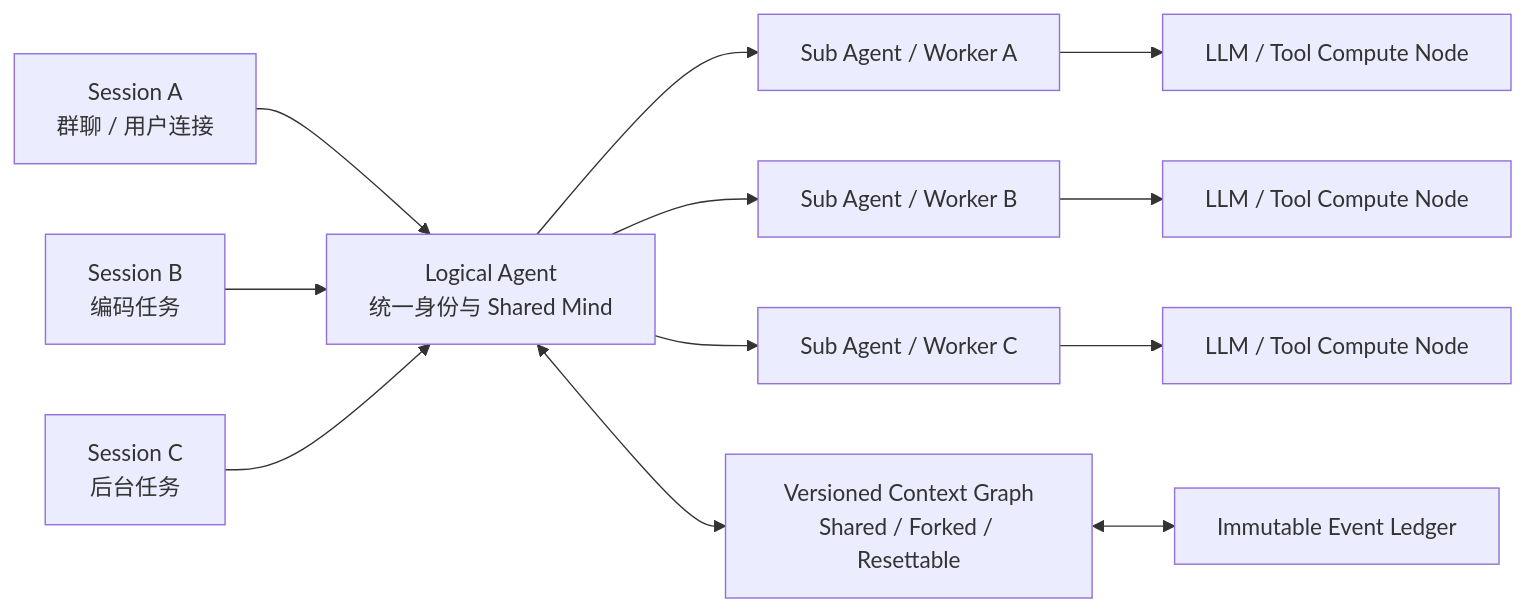
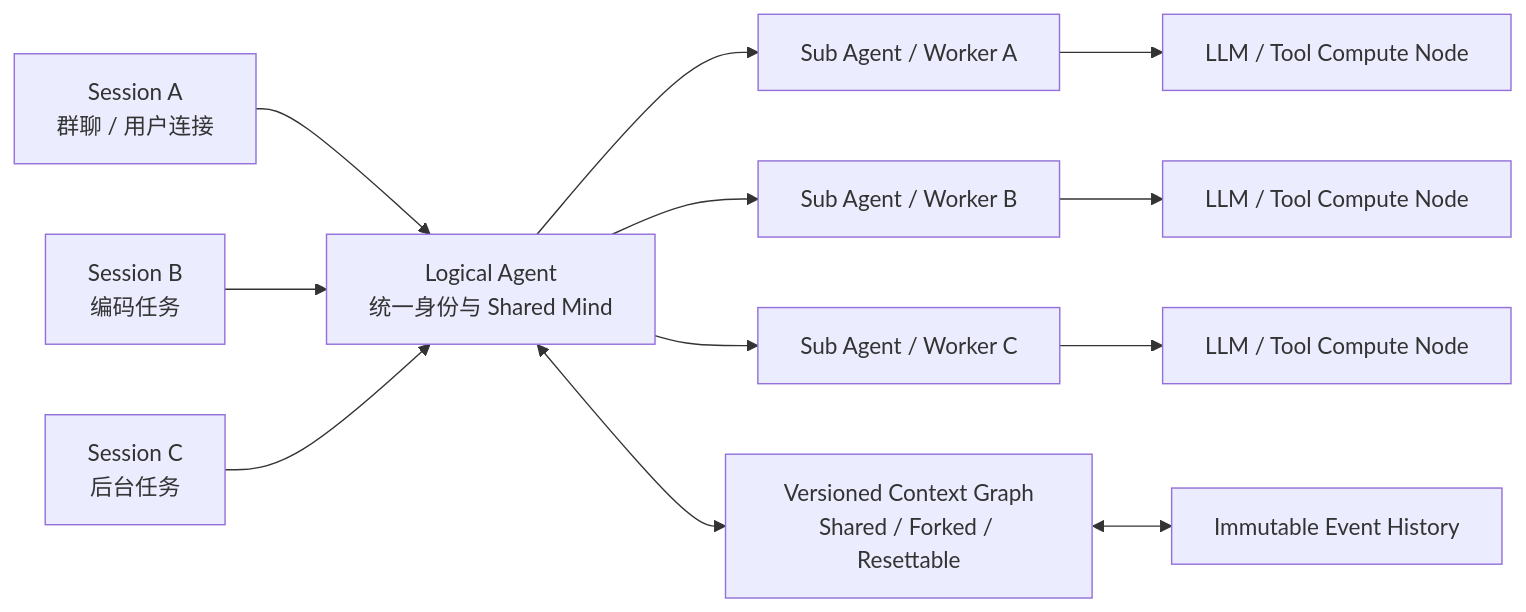
The diagram in docs/morphz_shared_context_multisession_architecture.md (morphz-ai/morphz), drawn with Mermaid before and after one commit. The commit also changed other lines of this file and 129 other files, not shown here.

Commit message:
refactor: replace ledger terminology with events

````diff
--- a/docs/morphz_shared_context_multisession_architecture.md
+++ b/docs/morphz_shared_context_multisession_architecture.md
@@ -39,17 +39,17 @@
 ```mermaid
 flowchart LR
     SA["Session A\n群聊 / 用户连接"] --> AG["Logical Agent\n统一身份与 Shared Mind"]
     SB["Session B\n编码任务"] --> AG
     SC["Session C\n后台任务"] --> AG
 
     AG --> WA["Sub Agent / Worker A"]
     AG --> WB["Sub Agent / Worker B"]
     AG --> WC["Sub Agent / Worker C"]
 
     WA --> CA["LLM / Tool Compute Node"]
     WB --> CB["LLM / Tool Compute Node"]
     WC --> CC["LLM / Tool Compute Node"]
 
     AG <--> CTX["Versioned Context Graph\nShared / Forked / Resettable"]
-    CTX <--> LEDGER["Immutable Event Ledger"]
+    CTX <--> EVENTS["Immutable Event History"]
 ```
````
